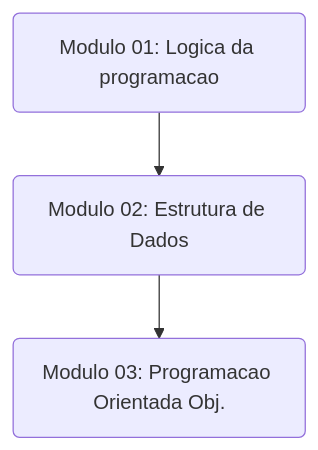
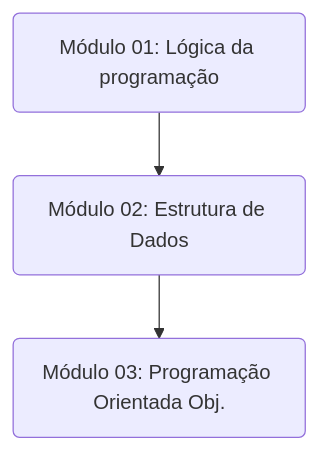
Before and after one commit to Millenac/Emprega_Tech_TODXS: the diagram in README.md, drawn with Mermaid.

````diff
--- a/README.md
+++ b/README.md
@@ -4,6 +4,6 @@
 ```mermaid
 graph TD;
-    Modulo_01("Modulo 01: Logica da programacao") --> Modulo_02("Modulo 02: Estrutura de Dados");
-    Modulo_02 --> Modulo_03("Modulo 03: Programacao Orientada Obj.");
+    Modulo_01("Módulo 01: Lógica da programação") --> Modulo_02("Módulo 02: Estrutura de Dados");
+    Modulo_02 --> Modulo_03("Módulo 03: Programação Orientada Obj.");
 
 ```
````
